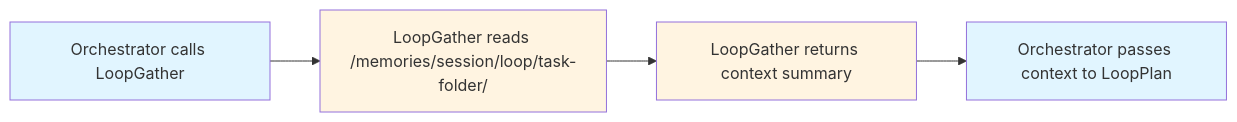
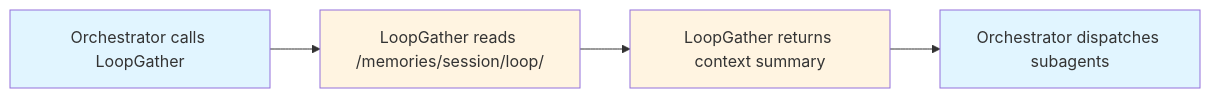
One commit to digitarald/loop-agent changed the fourth of 4 diagrams in README.md. Above: the diagram before and after it, drawn with Mermaid. The commit also changed other lines of this file and 10 other files, not shown here.

````diff
--- a/README.md
+++ b/README.md
@@ -291,11 +271,11 @@
 ```mermaid
 flowchart LR
-    A[Orchestrator calls LoopGather] --> B["LoopGather reads /memories/session/loop/task-folder/"]
+    A[Orchestrator calls LoopGather] --> B["LoopGather reads /memories/session/loop/"]
     B --> C[LoopGather returns context summary]
-    C --> D[Orchestrator passes context to LoopPlan]
+    C --> D[Orchestrator dispatches subagents]
     
     style A fill:#e1f5ff
     style B fill:#fff4e1
     style C fill:#fff4e1
     style D fill:#e1f5ff
 ```
````
